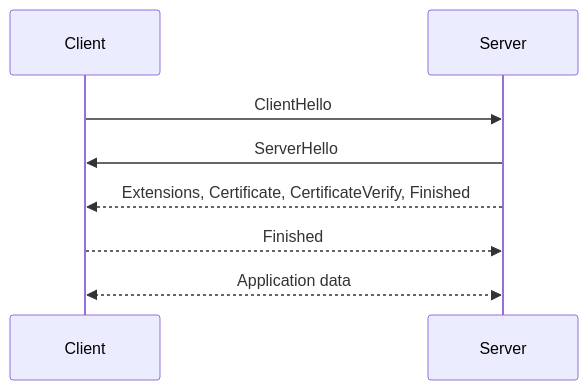
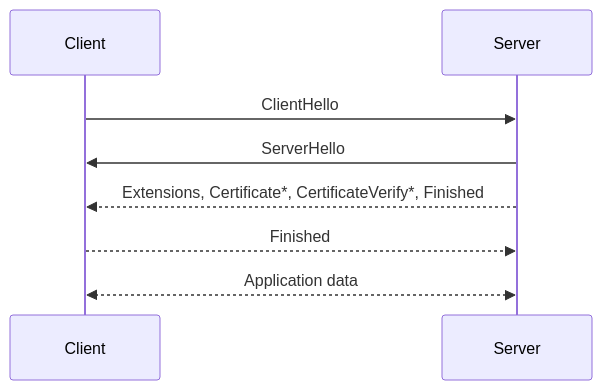
Before and after one commit to mutkuensert/mutkuensert.github.io: the diagram in _posts/2026-04-20-network-security-precautions-in-android.markdown, drawn with Mermaid. The commit also changed other lines of this file, not shown here.

````diff
--- a/_posts/2026-04-20-network-security-precautions-in-android.markdown
+++ b/_posts/2026-04-20-network-security-precautions-in-android.markdown
@@ -50,10 +50,10 @@
 ```mermaid
 sequenceDiagram
     participant Client
     participant Server
     Client->>Server: ClientHello
     Server->>Client: ServerHello
-    Server-->>Client: Extensions, Certificate, CertificateVerify, Finished
+    Server-->>Client: Extensions, Certificate*, CertificateVerify*, Finished
     Client-->>Server: Finished
     Client<<-->>Server: Application data
 ```
````
